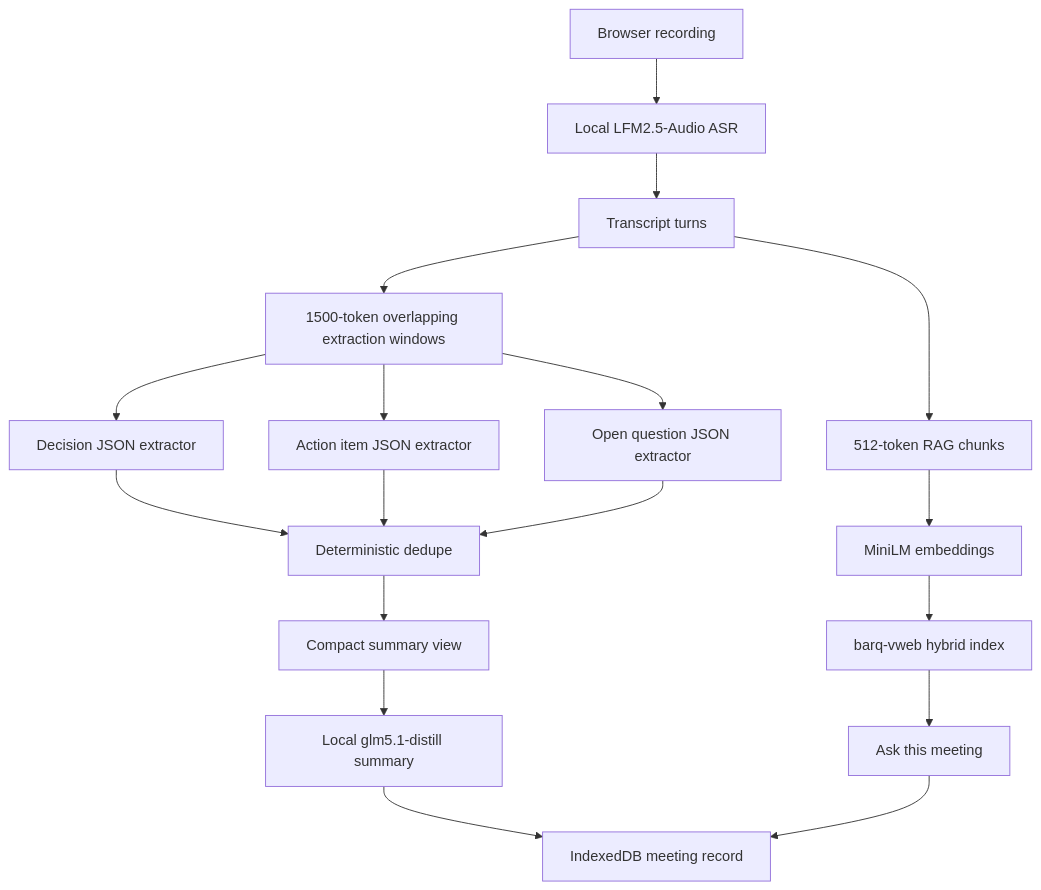
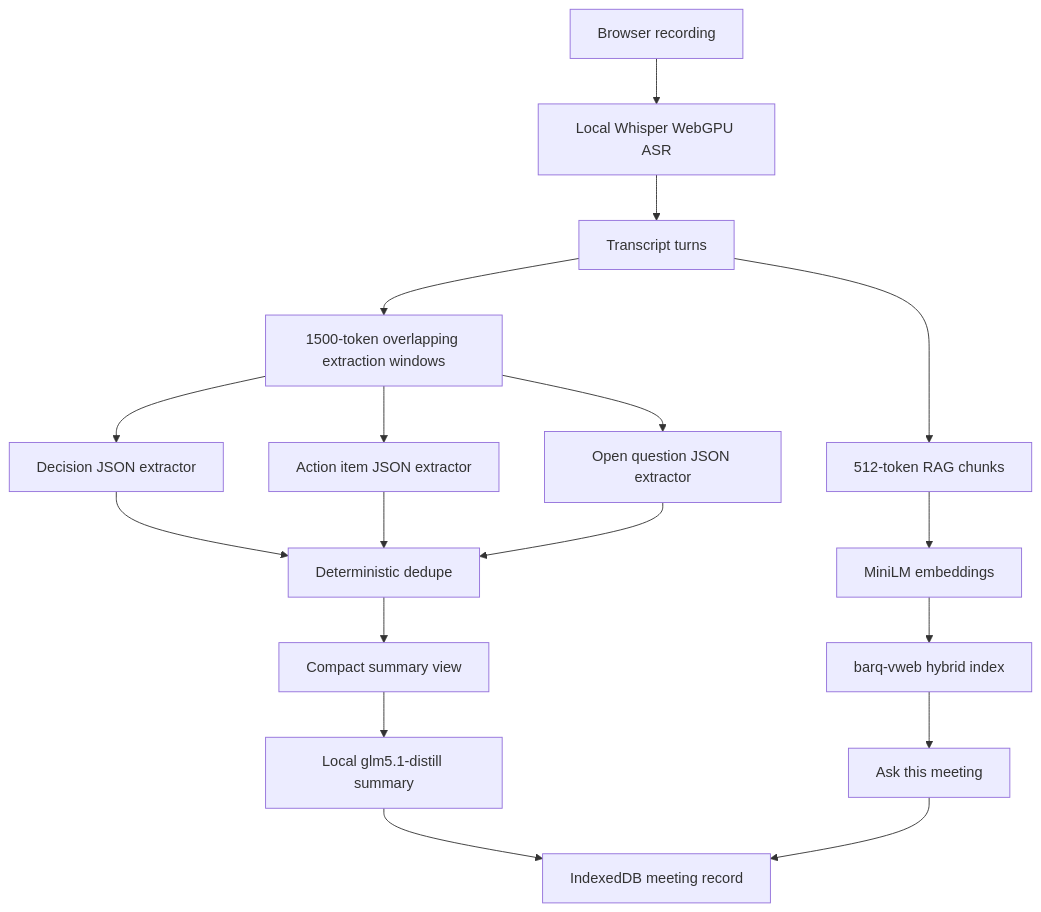
Before and after one commit to YASSERRMD/barq-minutes: the diagram in README.md, drawn with Mermaid. The commit also changed other lines of this file and 4 other files, not shown here.

Commit message:
fix(asr): replace Liquid with Whisper WebGPU

````diff
--- a/README.md
+++ b/README.md
@@ -81,20 +81,20 @@
 ```mermaid
 flowchart TD
-  A["Browser recording"] --> B["Local LFM2.5-Audio ASR"]
+  A["Browser recording"] --> B["Local Whisper WebGPU ASR"]
   B --> C["Transcript turns"]
   C --> D["1500-token overlapping extraction windows"]
   D --> E["Decision JSON extractor"]
   D --> F["Action item JSON extractor"]
   D --> G["Open question JSON extractor"]
   E --> H["Deterministic dedupe"]
   F --> H
   G --> H
   H --> I["Compact summary view"]
   I --> J["Local glm5.1-distill summary"]
   C --> K["512-token RAG chunks"]
   K --> L["MiniLM embeddings"]
   L --> M["barq-vweb hybrid index"]
   M --> N["Ask this meeting"]
   J --> O["IndexedDB meeting record"]
   N --> O
 ```
````
